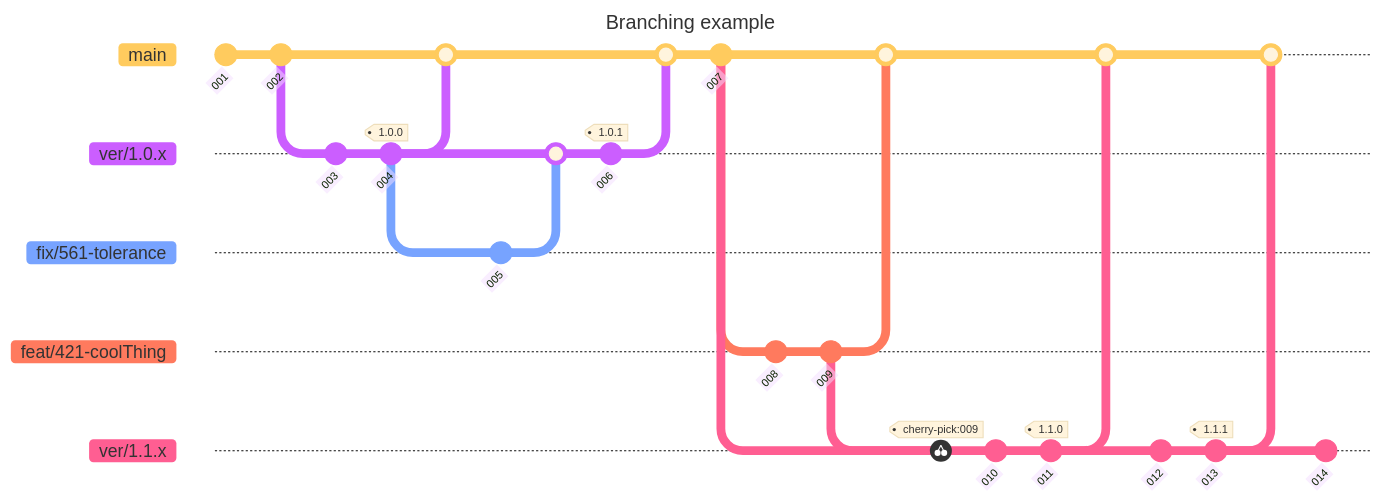
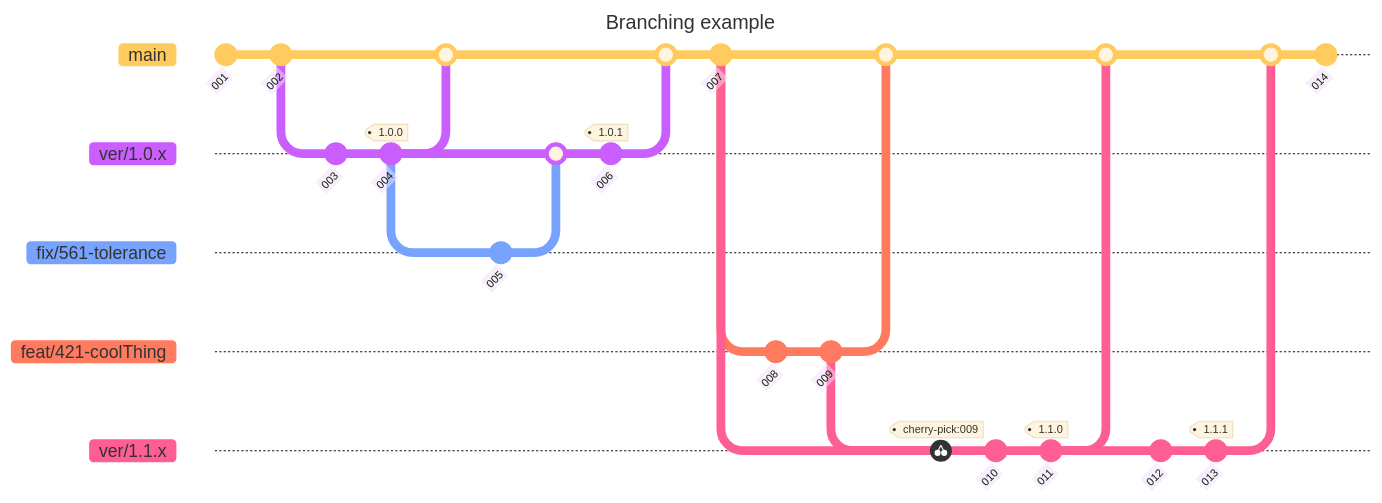
The diagram in .github/BRANCHING.md (buildingSMART/template), drawn with Mermaid before and after one commit.

````diff
--- a/.github/BRANCHING.md
+++ b/.github/BRANCHING.md
@@ -32,47 +32,48 @@
 ```mermaid
 ---
 title: Branching example
 config:
   theme: 'base'
 ---
 gitGraph
    commit id: "001"
    commit id: "002"
    branch ver/1.0.x
    checkout ver/1.0.x
    commit id: "003"
    commit id: "004" tag: "1.0.0"
    checkout main
    merge ver/1.0.x
    checkout ver/1.0.x
    branch fix/561-tolerance
    checkout fix/561-tolerance
    commit id: "005"
    checkout ver/1.0.x
    merge fix/561-tolerance
    commit id: "006" tag: "1.0.1"
    checkout main
    merge ver/1.0.x
    commit id: "007"
    branch feat/421-coolThing
    checkout feat/421-coolThing
    commit id: "008"
    commit id: "009"
    checkout main  
    branch ver/1.1.x
    checkout main  
    merge feat/421-coolThing
    checkout ver/1.1.x
    cherry-pick id: "009"
    commit id: "010"
    commit id: "011" tag: "1.1.0"
    checkout main  
    merge ver/1.1.x
    checkout ver/1.1.x
    commit id: "012"
    commit id: "013" tag: "1.1.1"
    checkout main  
    merge ver/1.1.x
    checkout ver/1.1.x
+   checkout main  
    commit id: "014"
 ```
````
